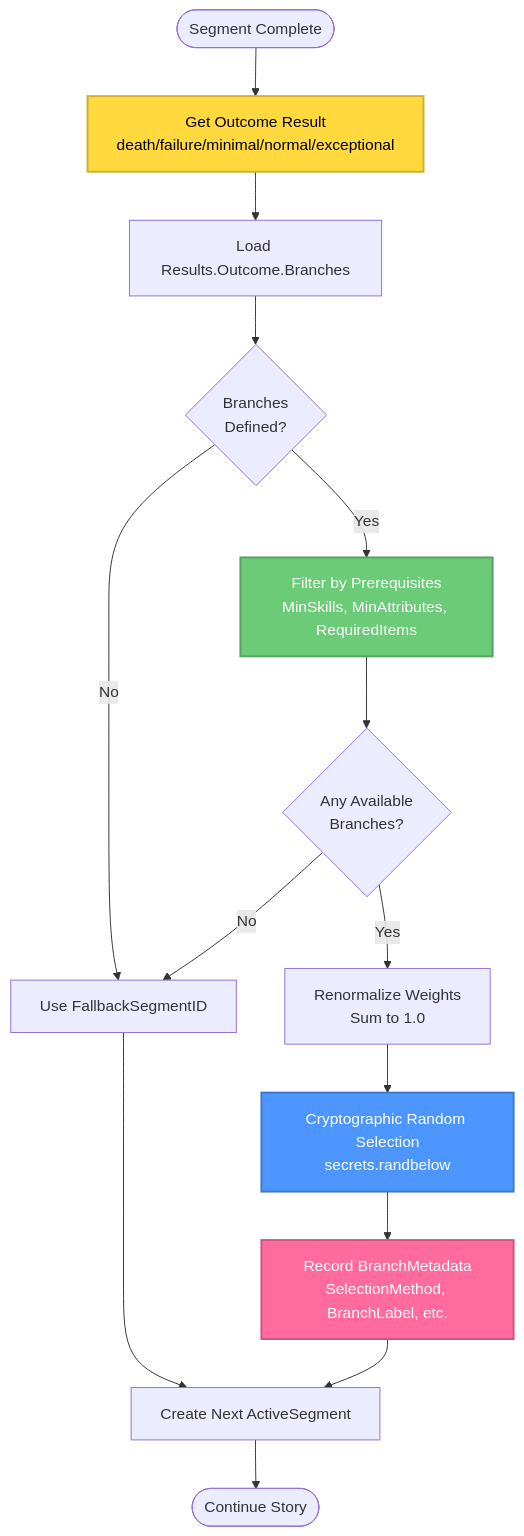
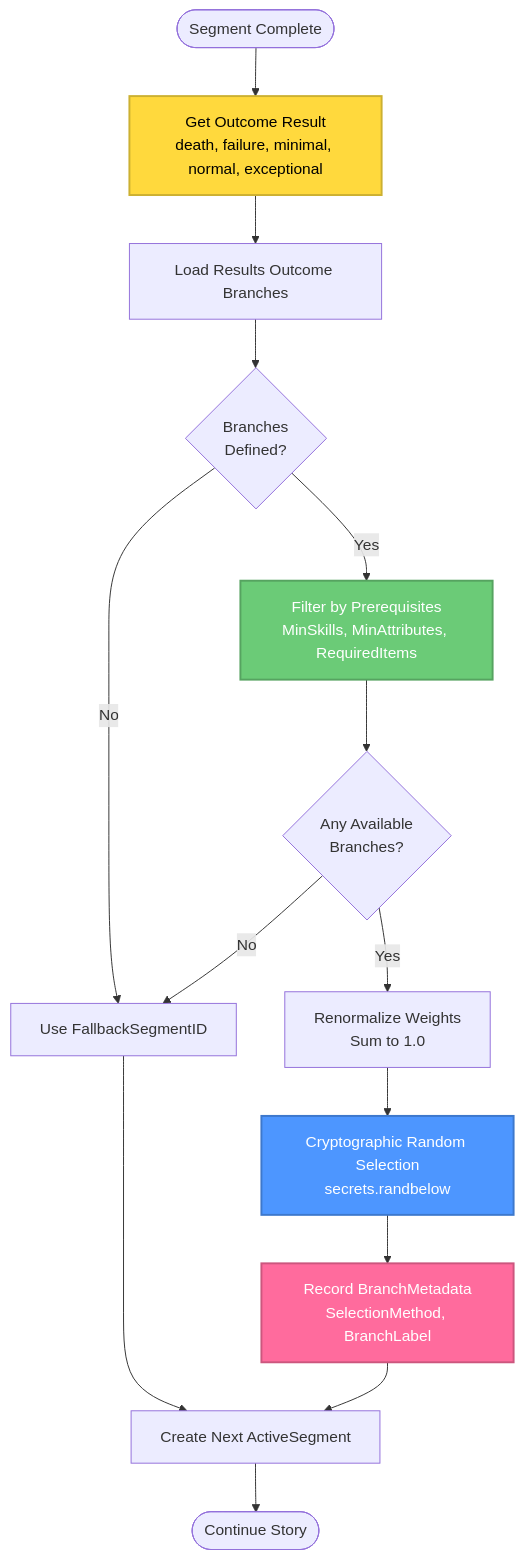
Diagram 12 of 14 in documentation/incremental-architecture-diagrams.md (darkrelics/eidolon-engine), drawn with Mermaid before and after one commit. The commit also changed other lines of this file, not shown here.

````diff
--- a/documentation/incremental-architecture-diagrams.md
+++ b/documentation/incremental-architecture-diagrams.md
@@ -517,31 +541,31 @@
 ```mermaid
 flowchart TD
-    Start([Segment Complete]) --> GetOutcome[Get Outcome Result<br/>death/failure/minimal/normal/exceptional]
+    Start([Segment Complete]) --> GetOutcome[Get Outcome Result<br/>death, failure, minimal, normal, exceptional]
 
-    GetOutcome --> GetBranches[Load Results.Outcome.Branches]
+    GetOutcome --> GetBranches[Load Results Outcome Branches]
 
     GetBranches --> HasBranches{Branches<br/>Defined?}
 
     HasBranches -->|No| UseFallback[Use FallbackSegmentID]
     HasBranches -->|Yes| FilterPrereq[Filter by Prerequisites<br/>MinSkills, MinAttributes, RequiredItems]
 
     FilterPrereq --> AnyAvail{Any Available<br/>Branches?}
 
     AnyAvail -->|No| UseFallback
     AnyAvail -->|Yes| Renormalize[Renormalize Weights<br/>Sum to 1.0]
 
     Renormalize --> RandomSelect[Cryptographic Random Selection<br/>secrets.randbelow]
 
-    RandomSelect --> RecordMeta[Record BranchMetadata<br/>SelectionMethod, BranchLabel, etc.]
+    RandomSelect --> RecordMeta[Record BranchMetadata<br/>SelectionMethod, BranchLabel]
 
     RecordMeta --> CreateNext[Create Next ActiveSegment]
 
     UseFallback --> CreateNext
 
     CreateNext --> End([Continue Story])
 
     style GetOutcome fill:#FFD93D,stroke:#CCB031,stroke-width:2px,color:#000
     style FilterPrereq fill:#6BCB77,stroke:#56A360,stroke-width:2px,color:#fff
     style RandomSelect fill:#4D96FF,stroke:#3D78CC,stroke-width:2px,color:#fff
     style RecordMeta fill:#FF6B9D,stroke:#CC567E,stroke-width:2px,color:#fff
 ```
````
